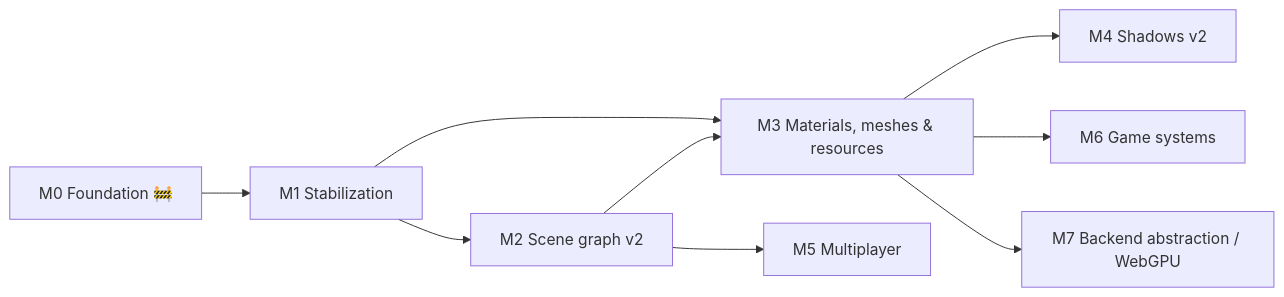
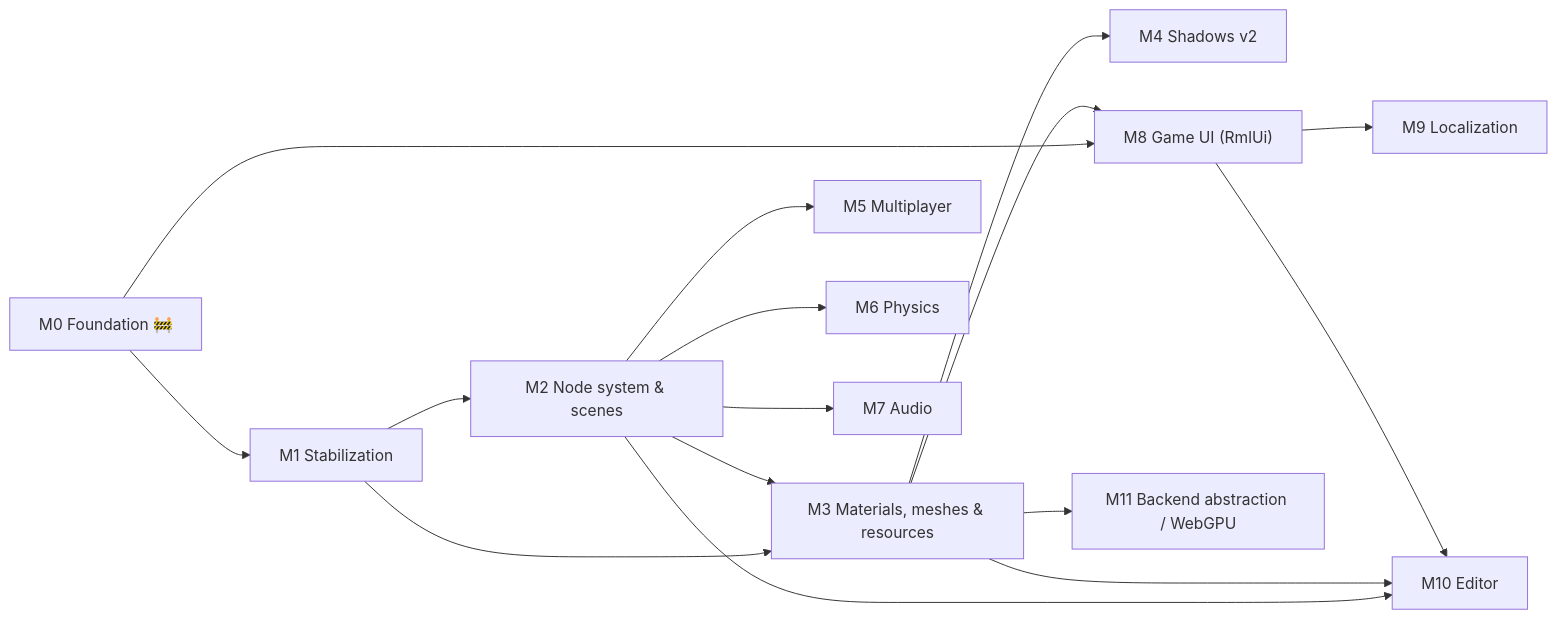
The diagram in docs/milestones.md (Mainframe-Games/mainframe-engine), drawn with Mermaid before and after one commit. The commit also changed other lines of this file and 17 other files, not shown here.

First line of the commit message:
Add node system, editor, physics, audio, UI and localization plans

````diff
--- a/docs/milestones.md
+++ b/docs/milestones.md
@@ -8,11 +8,18 @@
 ```mermaid
 flowchart LR
     M0["M0 Foundation 🚧"] --> M1["M1 Stabilization"]
-    M1 --> M2["M2 Scene graph v2"]
+    M1 --> M2["M2 Node system & scenes"]
     M1 --> M3["M3 Materials, meshes & resources"]
     M2 --> M3
     M3 --> M4["M4 Shadows v2"]
     M2 --> M5["M5 Multiplayer"]
-    M3 --> M6["M6 Game systems"]
-    M3 --> M7["M7 Backend abstraction / WebGPU"]
+    M2 --> M6["M6 Physics"]
+    M2 --> M7["M7 Audio"]
+    M0 --> M8["M8 Game UI (RmlUi)"]
+    M3 --> M8
+    M8 --> M9["M9 Localization"]
+    M2 --> M10["M10 Editor"]
+    M3 --> M10
+    M8 --> M10
+    M3 --> M11["M11 Backend abstraction / WebGPU"]
 ```
````
